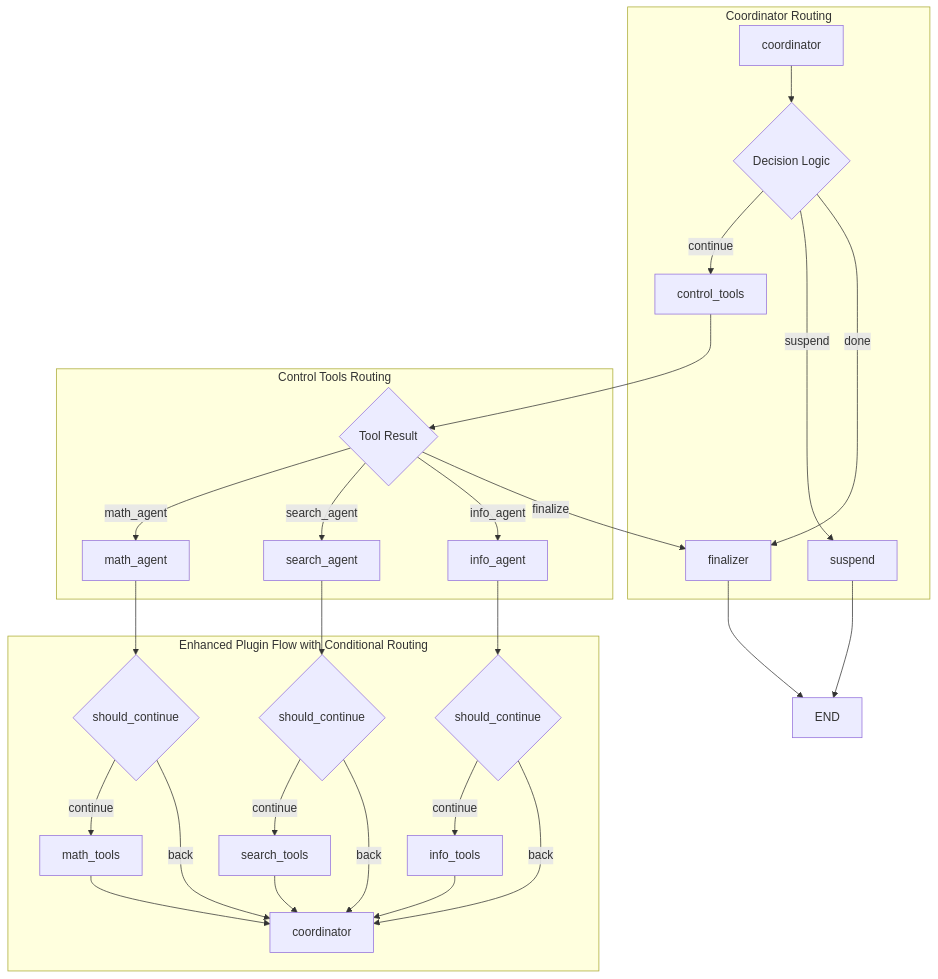
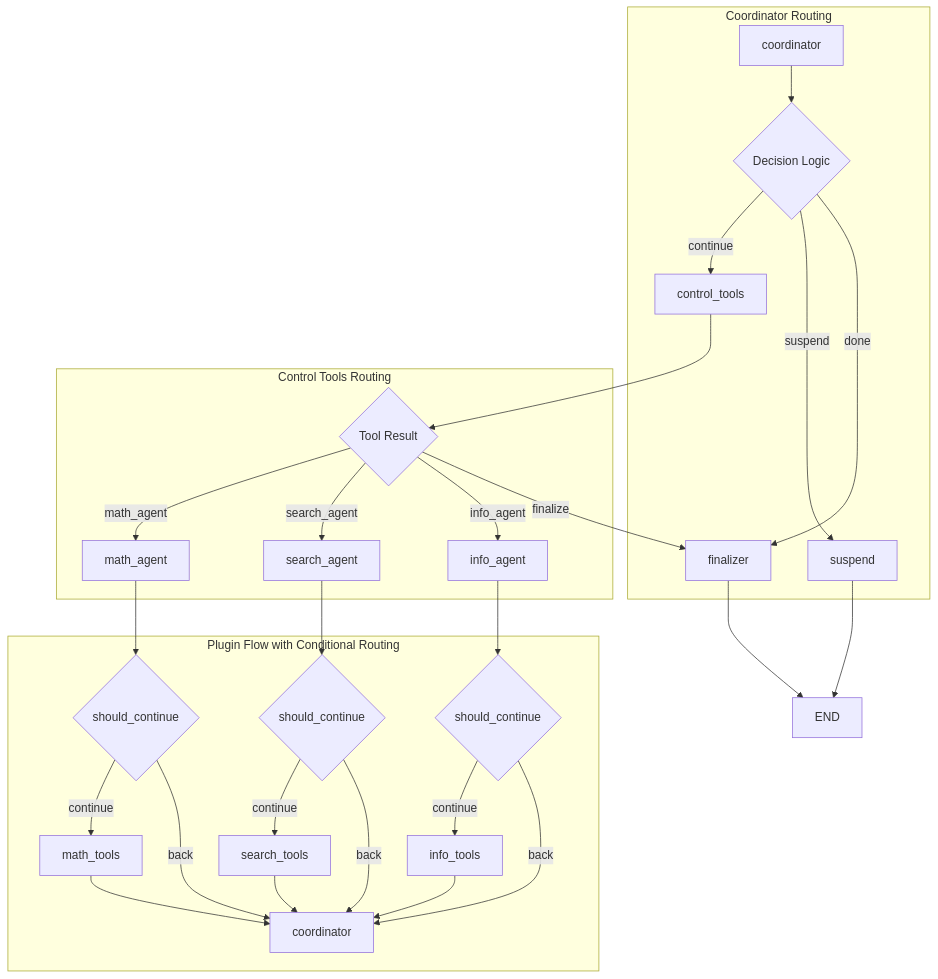
The fourth of 9 diagrams in docs/concepts/langgraph-architecture.md (jonaskahn/cadence), drawn with Mermaid before and after one commit. The commit also changed other lines of this file and 23 other files, not shown here.

````diff
--- a/docs/concepts/langgraph-architecture.md
+++ b/docs/concepts/langgraph-architecture.md
@@ -127,35 +125,35 @@
 ```mermaid
 graph TB
     subgraph "Coordinator Routing"
         A[coordinator] --> B{Decision Logic}
         B -->|continue| C[control_tools]
         B -->|suspend| D[suspend]
         B -->|done| E[finalizer]
     end
-    
+
     subgraph "Control Tools Routing"
         C --> F{Tool Result}
         F -->|math_agent| G[math_agent]
         F -->|search_agent| H[search_agent]
         F -->|info_agent| I[info_agent]
         F -->|finalize| E
     end
-    
-    subgraph "Enhanced Plugin Flow with Conditional Routing"
+
+    subgraph "Plugin Flow with Conditional Routing"
         G --> J{should_continue}
         H --> K{should_continue}
         I --> L{should_continue}
         J -->|continue| M[math_tools]
         J -->|back| N[coordinator]
         K -->|continue| O[search_tools]
         K -->|back| N
         L -->|continue| P[info_tools]
         L -->|back| N
         M --> N
         O --> N
         P --> N
     end
-    
+
     D --> Q[END]
     E --> Q
 ```
````
